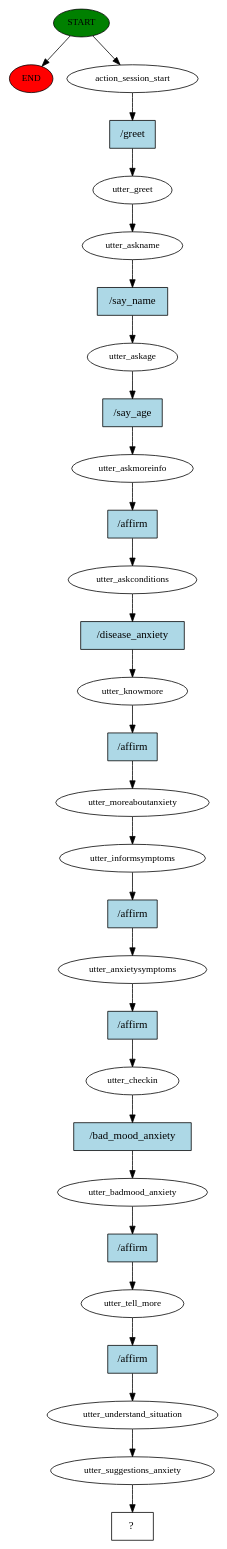
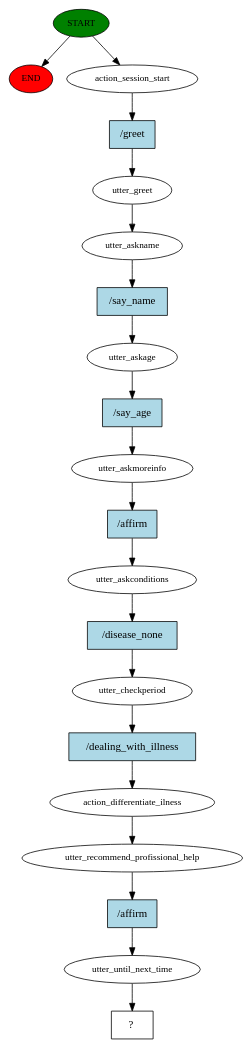
The diagram in chatbot/story_graph.dot (josemmsantos14/-ambinteligentes_tp2), drawn with Graphviz before and after one commit. The commit also changed 392 other files, not shown here.

```diff
--- a/chatbot/story_graph.dot
+++ b/chatbot/story_graph.dot
@@ -1,59 +1,41 @@
 digraph  {
 0 [class="start active", fillcolor=green, fontsize=12, label=START, style=filled];
 "-1" [class=end, fillcolor=red, fontsize=12, label=END, style=filled];
 1 [class=active, fontsize=12, label=action_session_start];
 2 [class=active, fontsize=12, label=utter_greet];
 3 [class=active, fontsize=12, label=utter_askname];
 4 [class=active, fontsize=12, label=utter_askage];
 5 [class=active, fontsize=12, label=utter_askmoreinfo];
 6 [class=active, fontsize=12, label=utter_askconditions];
-7 [class=active, fontsize=12, label=utter_knowmore];
-8 [class=active, fontsize=12, label=utter_moreaboutanxiety];
-9 [class=active, fontsize=12, label=utter_informsymptoms];
-10 [class=active, fontsize=12, label=utter_anxietysymptoms];
-11 [class=active, fontsize=12, label=utter_checkin];
-12 [class=active, fontsize=12, label=utter_badmood_anxiety];
-13 [class=active, fontsize=12, label=utter_tell_more];
-14 [class=active, fontsize=12, label=utter_understand_situation];
-15 [class=active, fontsize=12, label=utter_suggestions_anxiety];
-16 [class="intent dashed active", label="  ?  ", shape=rect];
-17 [class="intent active", fillcolor=lightblue, label="/greet", shape=rect, style=filled];
-18 [class="intent active", fillcolor=lightblue, label="/say_name", shape=rect, style=filled];
-19 [class="intent active", fillcolor=lightblue, label="/say_age", shape=rect, style=filled];
-20 [class="intent active", fillcolor=lightblue, label="/affirm", shape=rect, style=filled];
-21 [class="intent active", fillcolor=lightblue, label="/disease_anxiety", shape=rect, style=filled];
-22 [class="intent active", fillcolor=lightblue, label="/affirm", shape=rect, style=filled];
-23 [class="intent active", fillcolor=lightblue, label="/affirm", shape=rect, style=filled];
-24 [class="intent active", fillcolor=lightblue, label="/affirm", shape=rect, style=filled];
-25 [class="intent active", fillcolor=lightblue, label="/bad_mood_anxiety", shape=rect, style=filled];
-26 [class="intent active", fillcolor=lightblue, label="/affirm", shape=rect, style=filled];
-27 [class="intent active", fillcolor=lightblue, label="/affirm", shape=rect, style=filled];
+7 [class=active, fontsize=12, label=utter_checkperiod];
+8 [class=active, fontsize=12, label=action_differentiate_ilness];
+9 [class=active, fontsize=12, label=utter_recommend_profissional_help];
+10 [class=active, fontsize=12, label=utter_until_next_time];
+11 [class="intent dashed active", label="  ?  ", shape=rect];
+12 [class="intent active", fillcolor=lightblue, label="/greet", shape=rect, style=filled];
+13 [class="intent active", fillcolor=lightblue, label="/say_name", shape=rect, style=filled];
+14 [class="intent active", fillcolor=lightblue, label="/say_age", shape=rect, style=filled];
+15 [class="intent active", fillcolor=lightblue, label="/affirm", shape=rect, style=filled];
+16 [class="intent active", fillcolor=lightblue, label="/disease_none", shape=rect, style=filled];
+17 [class="intent active", fillcolor=lightblue, label="/dealing_with_illness", shape=rect, style=filled];
+18 [class="intent active", fillcolor=lightblue, label="/affirm", shape=rect, style=filled];
 0 -> "-1"  [class="", key=NONE, label=""];
 0 -> 1  [class=active, key=NONE, label=""];
-1 -> 17  [class=active, key=0];
+1 -> 12  [class=active, key=0];
 2 -> 3  [class=active, key=NONE, label=""];
-3 -> 18  [class=active, key=0];
-4 -> 19  [class=active, key=0];
-5 -> 20  [class=active, key=0];
-6 -> 21  [class=active, key=0];
-7 -> 22  [class=active, key=0];
+3 -> 13  [class=active, key=0];
+4 -> 14  [class=active, key=0];
+5 -> 15  [class=active, key=0];
+6 -> 16  [class=active, key=0];
+7 -> 17  [class=active, key=0];
 8 -> 9  [class=active, key=NONE, label=""];
-9 -> 23  [class=active, key=0];
-10 -> 24  [class=active, key=0];
-11 -> 25  [class=active, key=0];
-12 -> 26  [class=active, key=0];
-13 -> 27  [class=active, key=0];
-14 -> 15  [class=active, key=NONE, label=""];
-15 -> 16  [class=active, key=NONE, label=""];
-17 -> 2  [class=active, key=0];
-18 -> 4  [class=active, key=0];
-19 -> 5  [class=active, key=0];
-20 -> 6  [class=active, key=0];
-21 -> 7  [class=active, key=0];
-22 -> 8  [class=active, key=0];
-23 -> 10  [class=active, key=0];
-24 -> 11  [class=active, key=0];
-25 -> 12  [class=active, key=0];
-26 -> 13  [class=active, key=0];
-27 -> 14  [class=active, key=0];
+9 -> 18  [class=active, key=0];
+10 -> 11  [class=active, key=NONE, label=""];
+12 -> 2  [class=active, key=0];
+13 -> 4  [class=active, key=0];
+14 -> 5  [class=active, key=0];
+15 -> 6  [class=active, key=0];
+16 -> 7  [class=active, key=0];
+17 -> 8  [class=active, key=0];
+18 -> 10  [class=active, key=0];
 }
```
